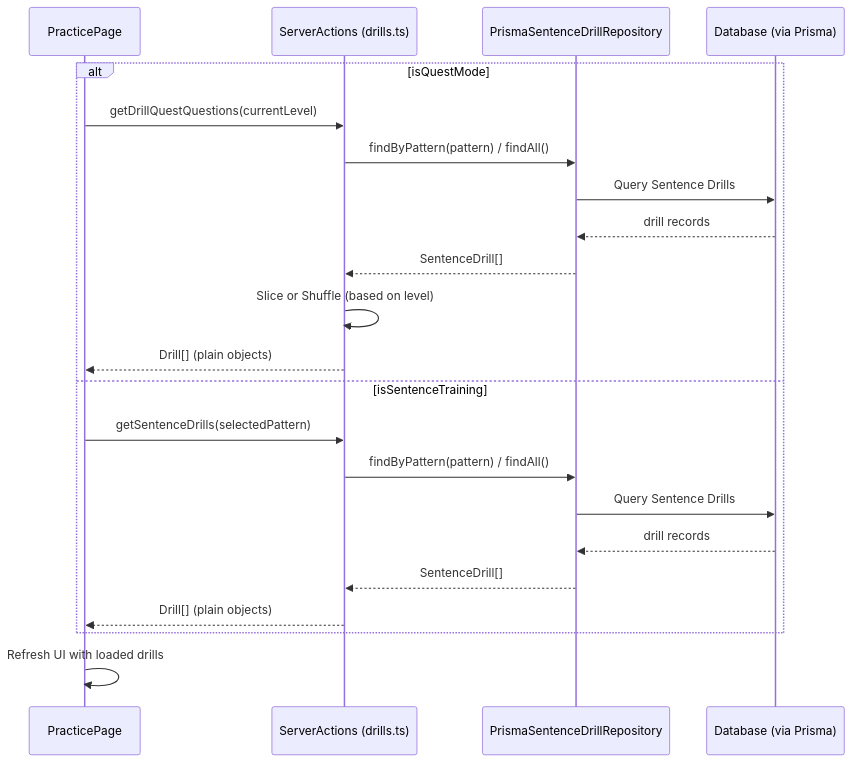
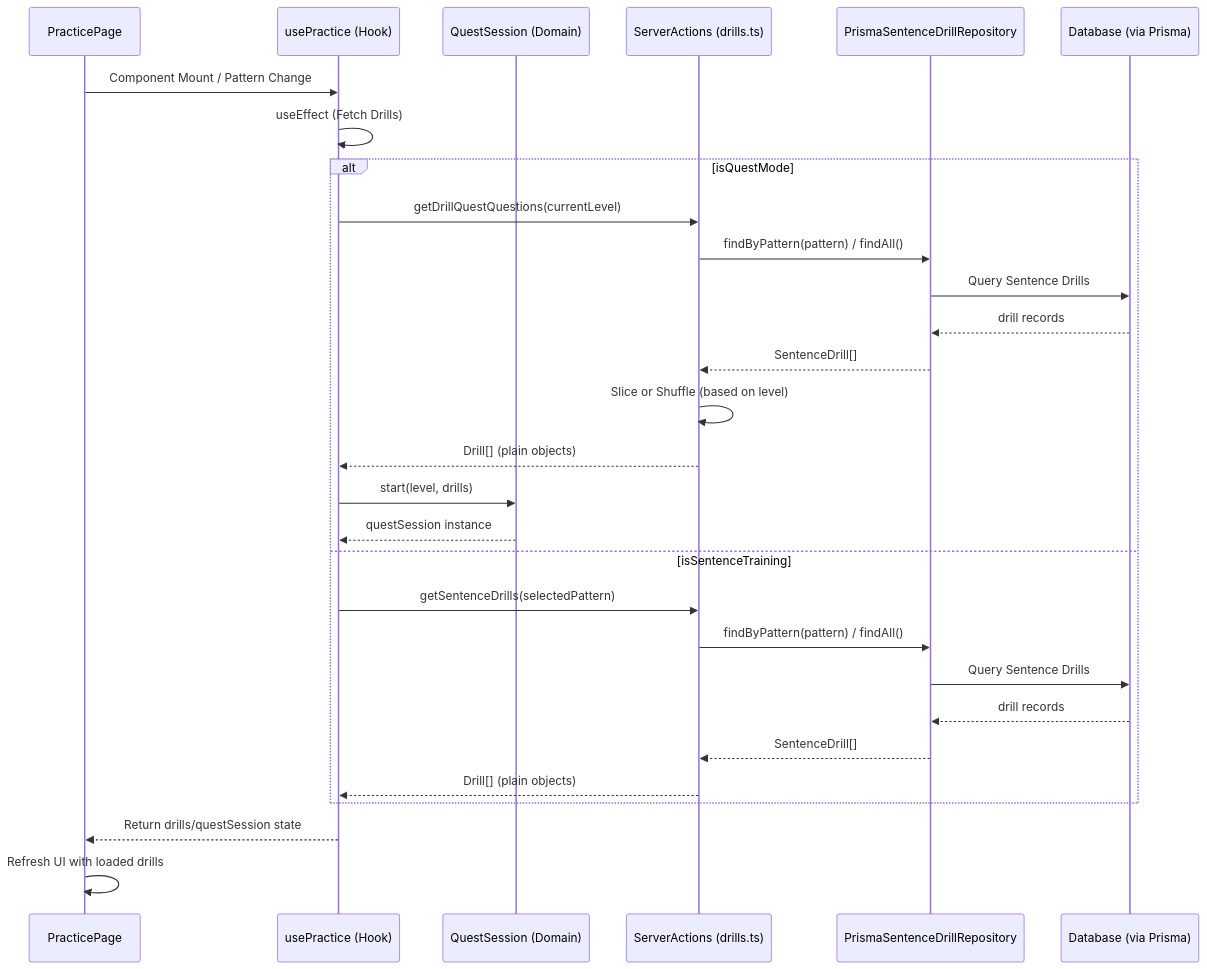
Before and after one commit to kayamak/grid9-english: the diagram in docs/sequence-diagrams/practices/fetchDrills.md, drawn with Mermaid. The commit also changed 3 other files, not shown here.

Commit message:
シーケンス図反映

````diff
--- a/docs/sequence-diagrams/practices/fetchDrills.md
+++ b/docs/sequence-diagrams/practices/fetchDrills.md
@@ -3,26 +3,35 @@
 ```mermaid
 sequenceDiagram
     participant Page as PracticePage
+    participant Hook as usePractice (Hook)
+    participant Session as QuestSession (Domain)
     participant Action as ServerActions (drills.ts)
     participant Repo as PrismaSentenceDrillRepository
     participant DB as Database (via Prisma)
 
+    Page->>Hook: Component Mount / Pattern Change
+    Hook->>Hook: useEffect (Fetch Drills)
+
     alt isQuestMode
-        Page->>Action: getDrillQuestQuestions(currentLevel)
+        Hook->>Action: getDrillQuestQuestions(currentLevel)
         Action->>Repo: findByPattern(pattern) / findAll()
         Repo->>DB: Query Sentence Drills
         DB-->>Repo: drill records
         Repo-->>Action: SentenceDrill[]
         Action->>Action: Slice or Shuffle (based on level)
-        Action-->>Page: Drill[] (plain objects)
+        Action-->>Hook: Drill[] (plain objects)
+        
+        Hook->>Session: start(level, drills)
+        Session-->>Hook: questSession instance
     else isSentenceTraining
-        Page->>Action: getSentenceDrills(selectedPattern)
+        Hook->>Action: getSentenceDrills(selectedPattern)
         Action->>Repo: findByPattern(pattern) / findAll()
         Repo->>DB: Query Sentence Drills
         DB-->>Repo: drill records
         Repo-->>Action: SentenceDrill[]
-        Action-->>Page: Drill[] (plain objects)
+        Action-->>Hook: Drill[] (plain objects)
     end
 
+    Hook-->>Page: Return drills/questSession state
     Page->>Page: Refresh UI with loaded drills
 ```
````
